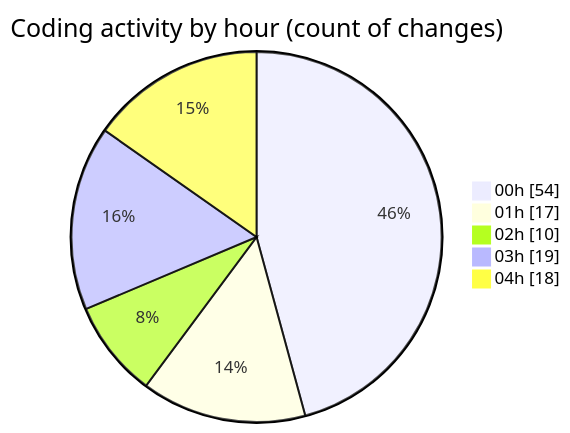
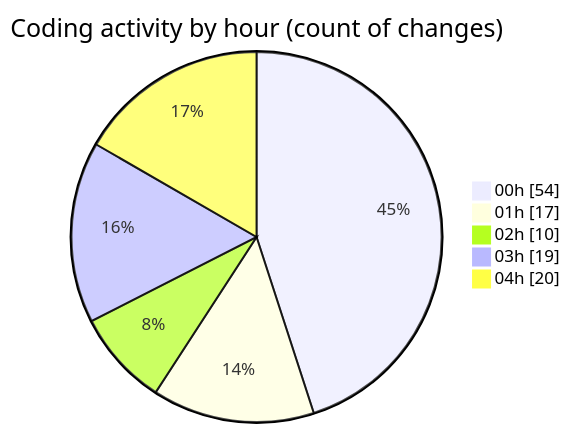
One commit to lephambinh05/code-tracking changed the second of 2 diagrams in 2025-07-26/quanlyrapchieuphim-1/README.md. Above: the diagram before and after it, drawn with Mermaid. The commit also changed other lines of this file and 1 other file, not shown here.

````diff
--- a/2025-07-26/quanlyrapchieuphim-1/README.md
+++ b/2025-07-26/quanlyrapchieuphim-1/README.md
@@ -38,9 +38,9 @@
 ```mermaid
 pie showData
 title Coding activity by hour (count of changes)
 "00h" : 54
 "01h" : 17
 "02h" : 10
 "03h" : 19
-"04h" : 18
+"04h" : 20
 ```
````
